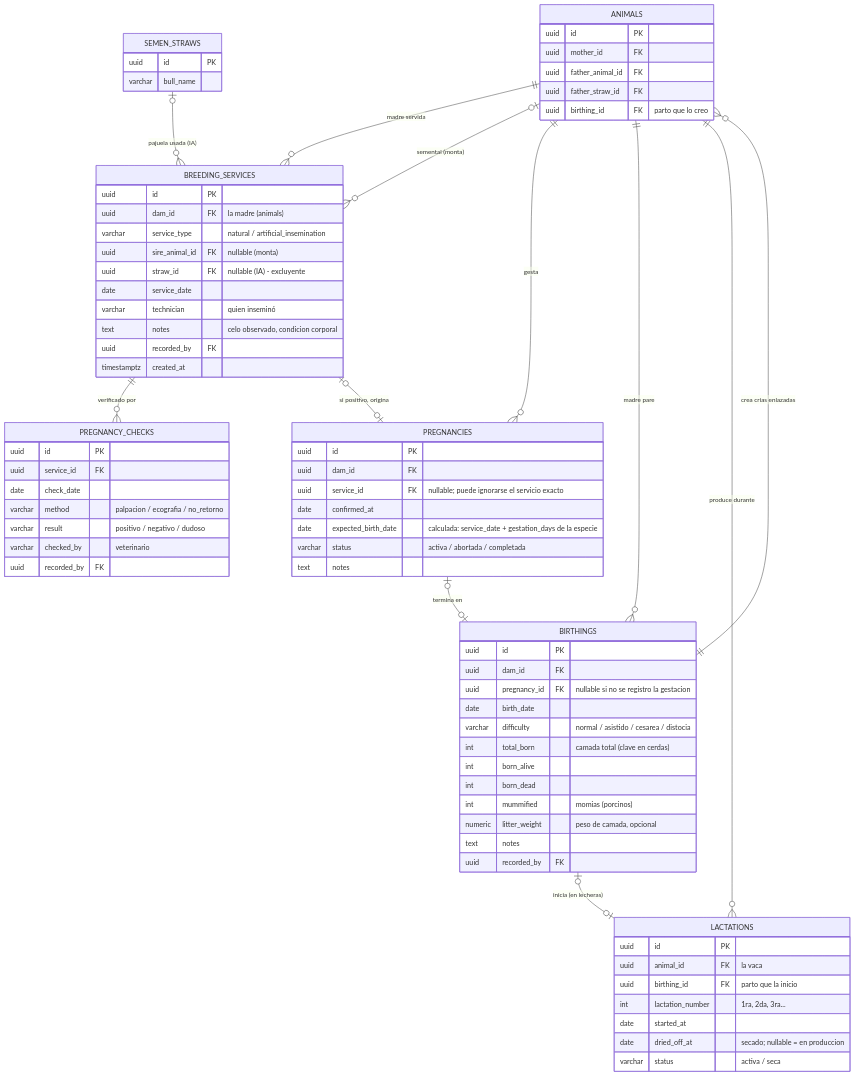
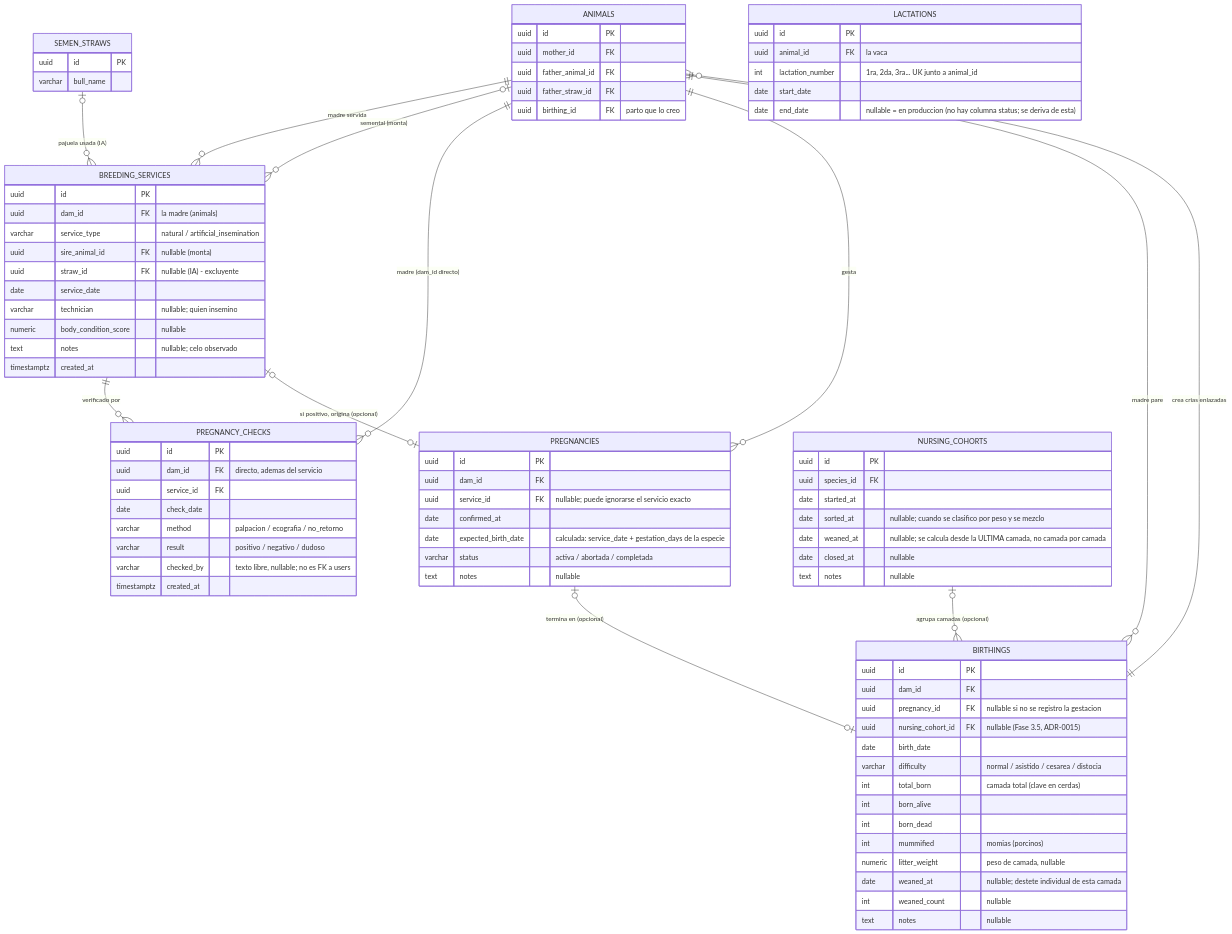
One commit to JosephBano/erp-hacienda changed the diagram in docs/diagramas/der-4-reproduccion.mermaid. Above: the diagram before and after it, drawn with Mermaid. The commit also changed 604 other files, not shown here.

```diff
--- a/docs/diagramas/der-4-reproduccion.mermaid
+++ b/docs/diagramas/der-4-reproduccion.mermaid
@@ -1,89 +1,116 @@
+%% Verificado el 2026-08-16 contra Breeding 20260808014236_AddNursingCohortSortedAt
+%% y Production 20260802163710_AddAuditRecordedBy
+%% Auditoría commit 10 (docs/reestructura-documentacion): BREEDING_SERVICES y BIRTHINGS
+%% perdieron `recorded_by` (no existe esa columna; solo created_by/updated_by de auditoria).
+%% PREGNANCY_CHECKS gano `dam_id` directo (ademas de service_id). BIRTHINGS gano
+%% `nursing_cohort_id`/`weaned_at`/`weaned_count` (Fase 3.5, ADR-0015/0016) — se agrega
+%% NURSING_COHORTS porque `birthings.nursing_cohort_id` es un FK real, aunque el resto del
+%% nucleo de manejo por lote vive en su propio diagrama (DATA-MODEL.md "Nucleo 6"), no aqui.
+%% LACTATIONS existe como tabla y como metodo de dominio (`Lactation.Start`/`Close`) pero
+%% **no hay ningun comando de aplicacion que los invoque** (grep sin resultados en todo src/):
+%% la relacion "el parto inicia la lactancia" esta en el diseño (DATA-MODEL.md Nucleo 4/5) y en
+%% el schema (la tabla existe), pero el codigo no la conecta — no hay FK birthing_id en
+%% lactations ni un flujo que cree la fila. Se documenta como hueco, no se marca FUTURO (la
+%% tabla ya existe) ni se dibuja la relacion con BIRTHINGS (no hay FK que la respalde).
 erDiagram
     %% ============================================
     %% NUCLEO 4: REPRODUCCION Y GENETICA (Fase 2)
     %% La cadena: servicio -> chequeo -> gestacion
     %% -> parto -> crias -> destete
     %% ============================================
 
     ANIMALS ||--o{ BREEDING_SERVICES : "madre servida"
     ANIMALS |o--o{ BREEDING_SERVICES : "semental (monta)"
     SEMEN_STRAWS |o--o{ BREEDING_SERVICES : "pajuela usada (IA)"
     BREEDING_SERVICES ||--o{ PREGNANCY_CHECKS : "verificado por"
-    BREEDING_SERVICES |o--o| PREGNANCIES : "si positivo, origina"
+    ANIMALS ||--o{ PREGNANCY_CHECKS : "madre (dam_id directo)"
+    BREEDING_SERVICES |o--o| PREGNANCIES : "si positivo, origina (opcional)"
     ANIMALS ||--o{ PREGNANCIES : "gesta"
-    PREGNANCIES |o--o| BIRTHINGS : "termina en"
+    PREGNANCIES |o--o| BIRTHINGS : "termina en (opcional)"
     ANIMALS ||--o{ BIRTHINGS : "madre pare"
     BIRTHINGS ||--o{ ANIMALS : "crea crias enlazadas"
-    BIRTHINGS |o--o| LACTATIONS : "inicia (en lecheras)"
-    ANIMALS ||--o{ LACTATIONS : "produce durante"
+    NURSING_COHORTS |o--o{ BIRTHINGS : "agrupa camadas (opcional)"
 
     BREEDING_SERVICES {
         uuid id PK
         uuid dam_id FK "la madre (animals)"
         varchar service_type "natural / artificial_insemination"
         uuid sire_animal_id FK "nullable (monta)"
         uuid straw_id FK "nullable (IA) - excluyente"
         date service_date
-        varchar technician "quien inseminó"
-        text notes "celo observado, condicion corporal"
-        uuid recorded_by FK
+        varchar technician "nullable; quien insemino"
+        numeric body_condition_score "nullable"
+        text notes "nullable; celo observado"
         timestamptz created_at
     }
 
     PREGNANCY_CHECKS {
         uuid id PK
+        uuid dam_id FK "directo, ademas del servicio"
         uuid service_id FK
         date check_date
         varchar method "palpacion / ecografia / no_retorno"
         varchar result "positivo / negativo / dudoso"
-        varchar checked_by "veterinario"
-        uuid recorded_by FK
+        varchar checked_by "texto libre, nullable; no es FK a users"
+        timestamptz created_at
     }
 
     PREGNANCIES {
         uuid id PK
         uuid dam_id FK
         uuid service_id FK "nullable; puede ignorarse el servicio exacto"
         date confirmed_at
         date expected_birth_date "calculada: service_date + gestation_days de la especie"
         varchar status "activa / abortada / completada"
-        text notes
+        text notes "nullable"
     }
 
     BIRTHINGS {
         uuid id PK
         uuid dam_id FK
         uuid pregnancy_id FK "nullable si no se registro la gestacion"
+        uuid nursing_cohort_id FK "nullable (Fase 3.5, ADR-0015)"
         date birth_date
         varchar difficulty "normal / asistido / cesarea / distocia"
         int total_born "camada total (clave en cerdas)"
         int born_alive
         int born_dead
         int mummified "momias (porcinos)"
-        numeric litter_weight "peso de camada, opcional"
-        text notes
-        uuid recorded_by FK
+        numeric litter_weight "peso de camada, nullable"
+        date weaned_at "nullable; destete individual de esta camada"
+        int weaned_count "nullable"
+        text notes "nullable"
     }
 
+    NURSING_COHORTS {
+        uuid id PK
+        uuid species_id FK
+        date started_at
+        date sorted_at "nullable; cuando se clasifico por peso y se mezclo"
+        date weaned_at "nullable; se calcula desde la ULTIMA camada, no camada por camada"
+        date closed_at "nullable"
+        text notes "nullable"
+    }
+
+    %% NOTA: LACTATIONS existe (Production module) pero ningun comando la crea ni la cierra hoy.
+    %% No tiene birthing_id: no hay FK que respalde "BIRTHINGS inicia LACTATIONS".
     LACTATIONS {
         uuid id PK
         uuid animal_id FK "la vaca"
-        uuid birthing_id FK "parto que la inicio"
-        int lactation_number "1ra, 2da, 3ra..."
-        date started_at
-        date dried_off_at "secado; nullable = en produccion"
-        varchar status "activa / seca"
+        int lactation_number "1ra, 2da, 3ra... UK junto a animal_id"
+        date start_date
+        date end_date "nullable = en produccion (no hay columna status; se deriva de esta)"
     }
 
     ANIMALS {
         uuid id PK
         uuid mother_id FK
         uuid father_animal_id FK
         uuid father_straw_id FK
         uuid birthing_id FK "parto que lo creo"
     }
 
     SEMEN_STRAWS {
         uuid id PK
         varchar bull_name
     }
```
